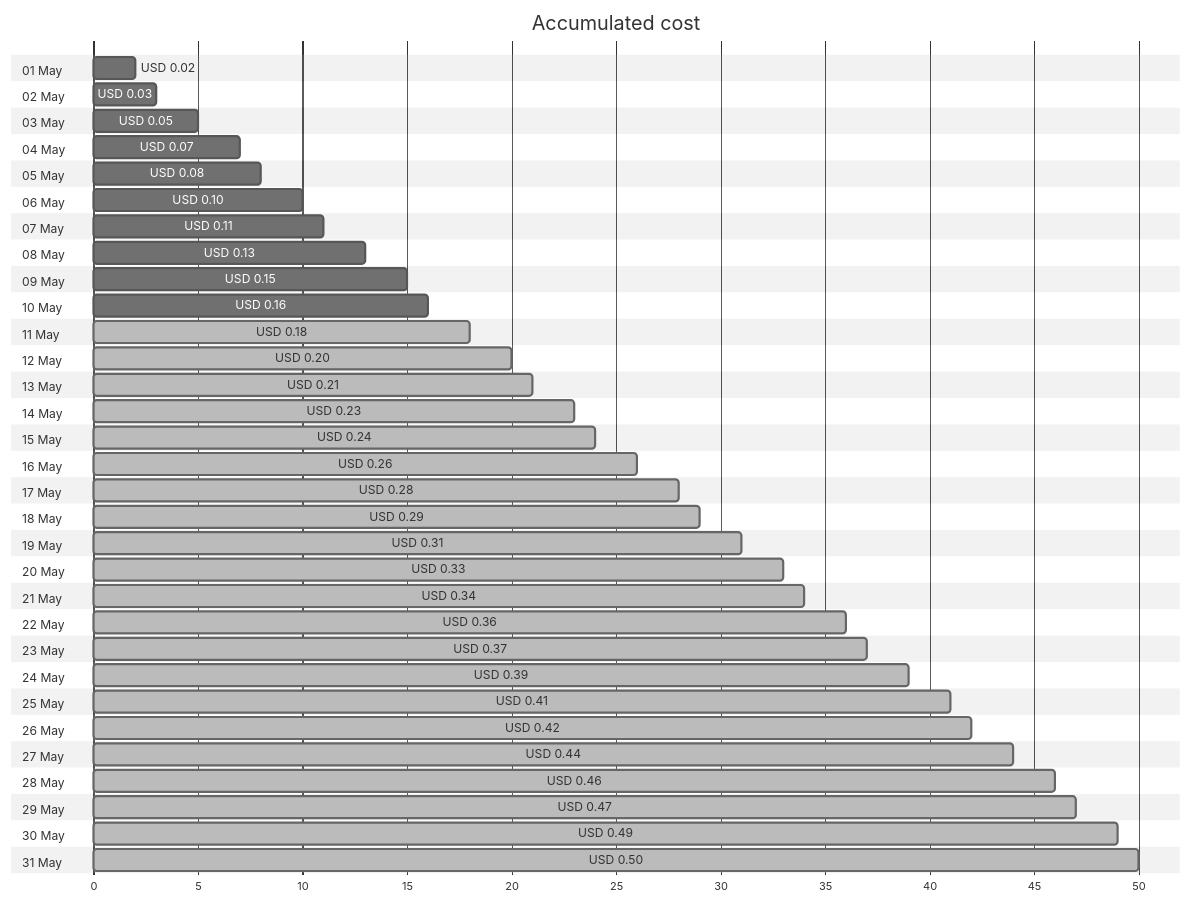
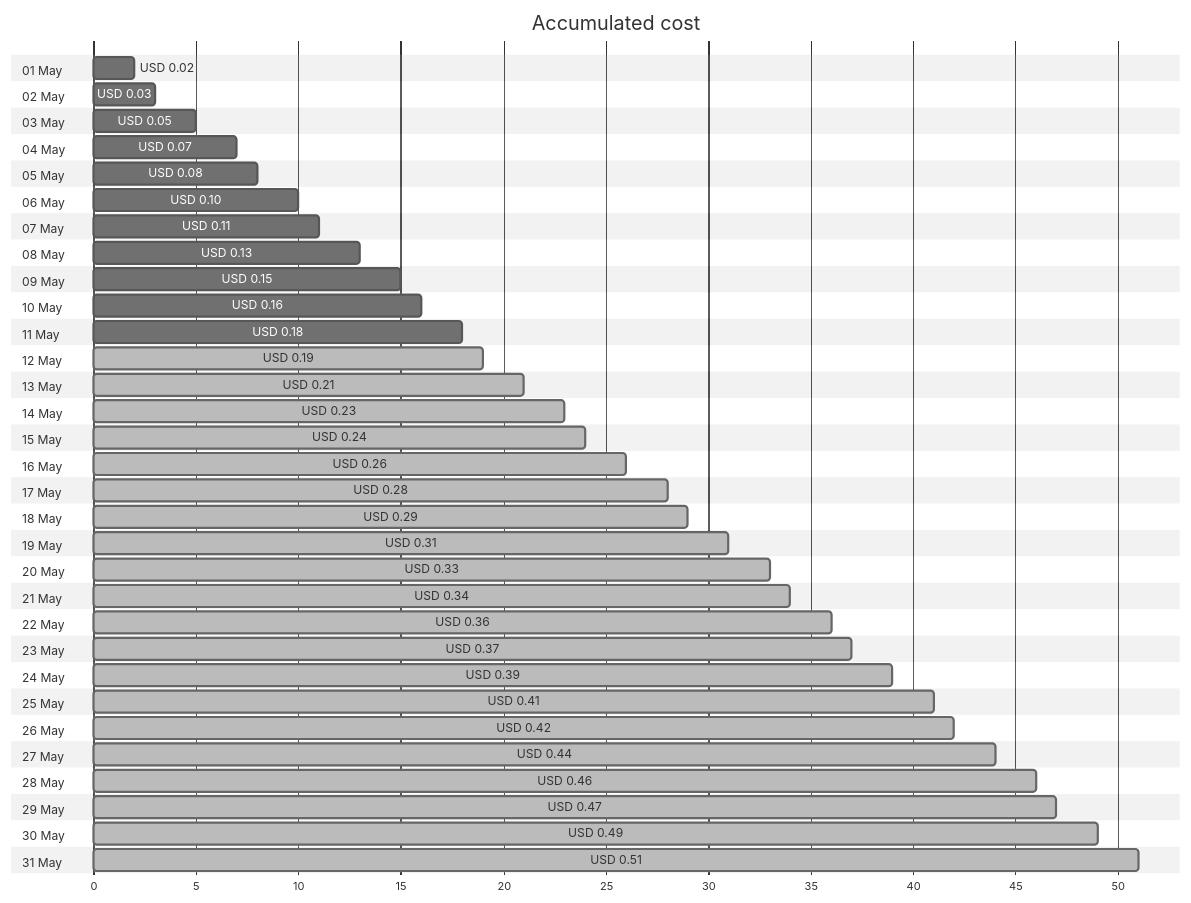
One commit to jpfulton/azure-personal-reports changed the first of 4 diagrams in cost-reports/personal-dns/jpatrickfulton.com.md. Above: the diagram before and after it, drawn with Mermaid (neutral theme). The commit also changed other lines of this file and 2 other files, not shown here.

````diff
--- a/cost-reports/personal-dns/jpatrickfulton.com.md
+++ b/cost-reports/personal-dns/jpatrickfulton.com.md
@@ -20,68 +20,68 @@
 ```mermaid
 gantt
    title Accumulated cost
    dateFormat  X
    axisFormat %s
    section 01 May
    USD 0.02 :0, 2
    section 02 May
    USD 0.03 :0, 3
    section 03 May
    USD 0.05 :0, 5
    section 04 May
    USD 0.07 :0, 7
    section 05 May
    USD 0.08 :0, 8
    section 06 May
    USD 0.10 :0, 10
    section 07 May
    USD 0.11 :0, 11
    section 08 May
    USD 0.13 :0, 13
    section 09 May
    USD 0.15 :0, 15
    section 10 May
    USD 0.16 :0, 16
    section 11 May
-   USD 0.18 : done, 0, 18
+   USD 0.18 :0, 18
    section 12 May
-   USD 0.20 : done, 0, 20
+   USD 0.19 : done, 0, 19
    section 13 May
    USD 0.21 : done, 0, 21
    section 14 May
    USD 0.23 : done, 0, 23
    section 15 May
    USD 0.24 : done, 0, 24
    section 16 May
    USD 0.26 : done, 0, 26
    section 17 May
    USD 0.28 : done, 0, 28
    section 18 May
    USD 0.29 : done, 0, 29
    section 19 May
    USD 0.31 : done, 0, 31
    section 20 May
    USD 0.33 : done, 0, 33
    section 21 May
    USD 0.34 : done, 0, 34
    section 22 May
    USD 0.36 : done, 0, 36
    section 23 May
    USD 0.37 : done, 0, 37
    section 24 May
    USD 0.39 : done, 0, 39
    section 25 May
    USD 0.41 : done, 0, 41
    section 26 May
    USD 0.42 : done, 0, 42
    section 27 May
    USD 0.44 : done, 0, 44
    section 28 May
    USD 0.46 : done, 0, 46
    section 29 May
    USD 0.47 : done, 0, 47
    section 30 May
    USD 0.49 : done, 0, 49
    section 31 May
-   USD 0.50 : done, 0, 50
+   USD 0.51 : done, 0, 51
 ```
````
